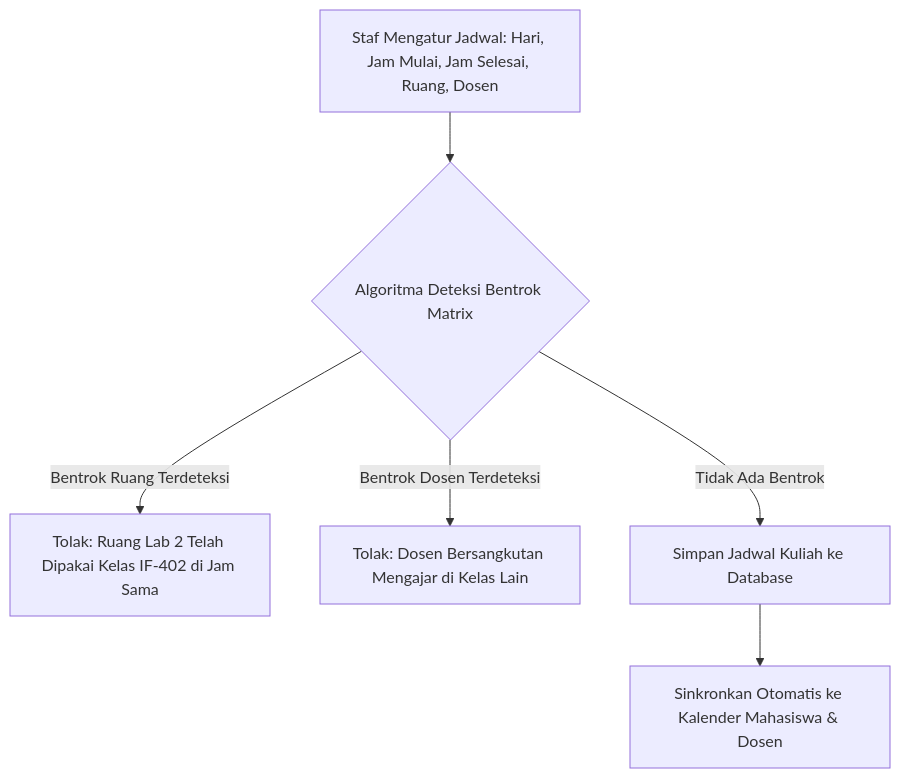
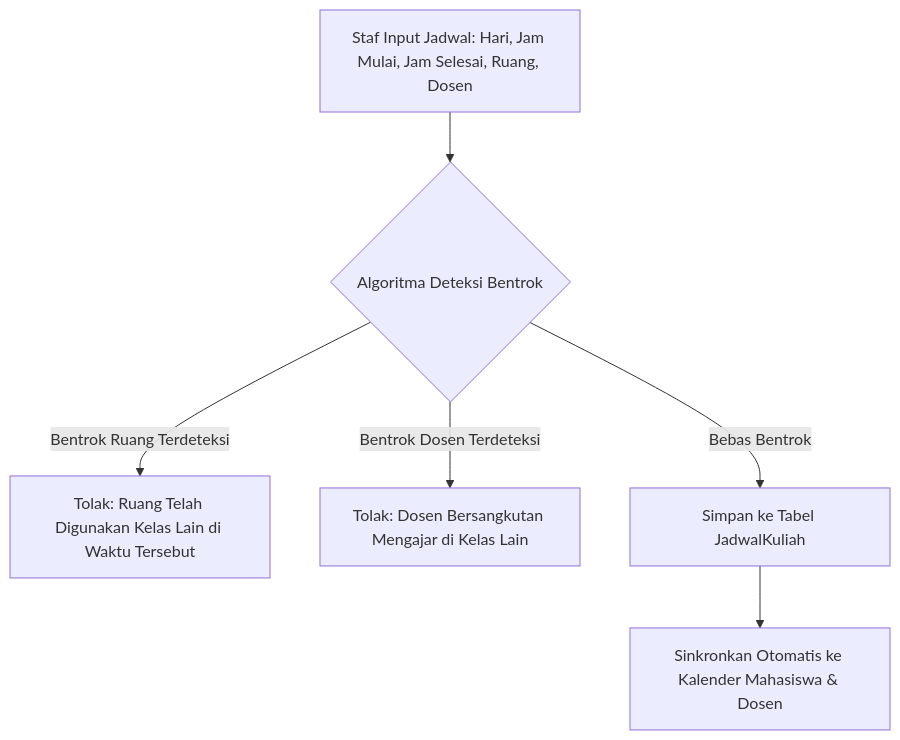
One commit to wahyualdir/Sistem-Pembelajaran changed the fifth of 7 diagrams in docs/ARSITEKTUR_PER_ROLE.md. Above: the diagram before and after it, drawn with Mermaid. The commit also changed other lines of this file and 1 other file, not shown here.

Commit message:
docs: add verified codebase use-case diagrams and harmonize per-role architecture with implementation facts

````diff
--- a/docs/ARSITEKTUR_PER_ROLE.md
+++ b/docs/ARSITEKTUR_PER_ROLE.md
@@ -176,10 +190,10 @@
 ```mermaid
 flowchart TD
-    InputJadwal["Staf Mengatur Jadwal: Hari, Jam Mulai, Jam Selesai, Ruang, Dosen"] --> CheckCollision{"Algoritma Deteksi Bentrok Matrix"}
+    InputSlot["Staf Input Jadwal: Hari, Jam Mulai, Jam Selesai, Ruang, Dosen"] --> CheckCollision{"Algoritma Deteksi Bentrok"}
     
-    CheckCollision -- "Bentrok Ruang Terdeteksi" --> ErrRuang["Tolak: Ruang Lab 2 Telah Dipakai Kelas IF-402 di Jam Sama"]
+    CheckCollision -- "Bentrok Ruang Terdeteksi" --> ErrRuang["Tolak: Ruang Telah Digunakan Kelas Lain di Waktu Tersebut"]
     CheckCollision -- "Bentrok Dosen Terdeteksi" --> ErrDosen["Tolak: Dosen Bersangkutan Mengajar di Kelas Lain"]
     
-    CheckCollision -- "Tidak Ada Bentrok" --> SaveJadwal["Simpan Jadwal Kuliah ke Database"]
-    SaveJadwal --> PublishCalendar["Sinkronkan Otomatis ke Kalender Mahasiswa & Dosen"]
+    CheckCollision -- "Bebas Bentrok" --> SaveSchedule["Simpan ke Tabel JadwalKuliah"]
+    SaveSchedule --> SyncCalendar["Sinkronkan Otomatis ke Kalender Mahasiswa & Dosen"]
 ```
````
